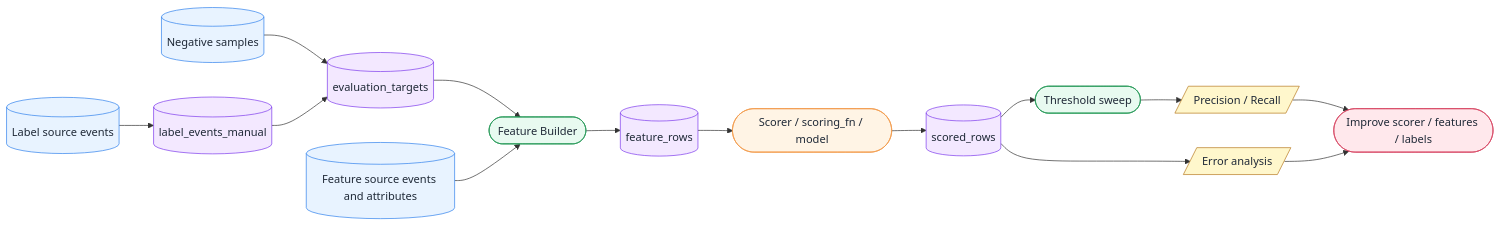
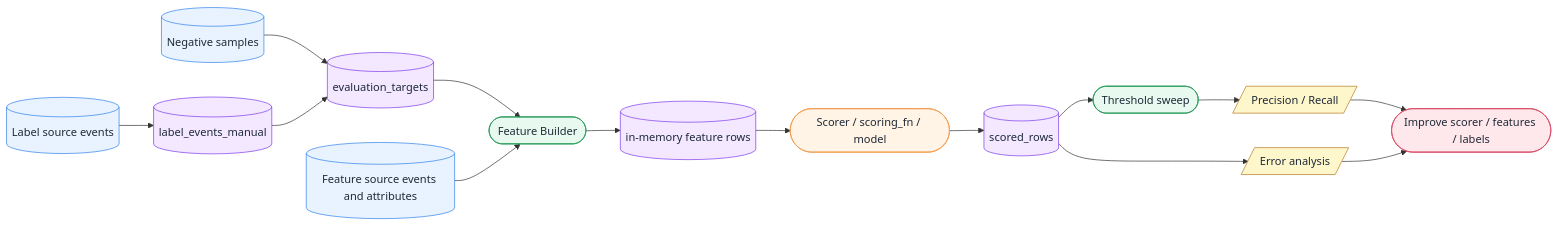
Before and after one commit to tasuku43/abuse-detection-learning: the first of 16 diagrams in docs/design/evaluation_harness_architecture_mermaid_ja.md, drawn with Mermaid. The commit also changed other lines of this file and 3 other files, not shown here.

Commit message:
docs: refine scoring architecture notes

````diff
--- a/docs/design/evaluation_harness_architecture_mermaid_ja.md
+++ b/docs/design/evaluation_harness_architecture_mermaid_ja.md
@@ -13,23 +13,23 @@
 ```mermaid
 flowchart LR
   classDef source fill:#E8F3FF,stroke:#2F80ED,color:#1F2937
   classDef table fill:#F3E8FF,stroke:#7C3AED,color:#1F2937
   classDef process fill:#E8FAF0,stroke:#219653,color:#1F2937
   classDef scorer fill:#FFF4E5,stroke:#F2994A,color:#1F2937
   classDef analysis fill:#FFF7CC,stroke:#B7791F,color:#1F2937
   classDef improve fill:#FFE8EC,stroke:#D64562,color:#1F2937
 
   LS[(Label source events)]:::source --> LH[(label_events_manual)]:::table
   NS[(Negative samples)]:::source --> ET[(evaluation_targets)]:::table
   LH --> ET
   ET --> FB([Feature Builder]):::process
   FS[(Feature source events and attributes)]:::source --> FB
-  FB --> FR[(feature_rows)]:::table
+  FB --> FR[(in-memory feature rows)]:::table
   FR --> SC([Scorer / scoring_fn / model]):::scorer
   SC --> SR[(scored_rows)]:::table
   SR --> TS([Threshold sweep]):::process
   TS --> MT[/Precision / Recall/]:::analysis
   SR --> EA[/Error analysis/]:::analysis
   MT --> IMP([Improve scorer / features / labels]):::improve
   EA --> IMP
 ```
````
